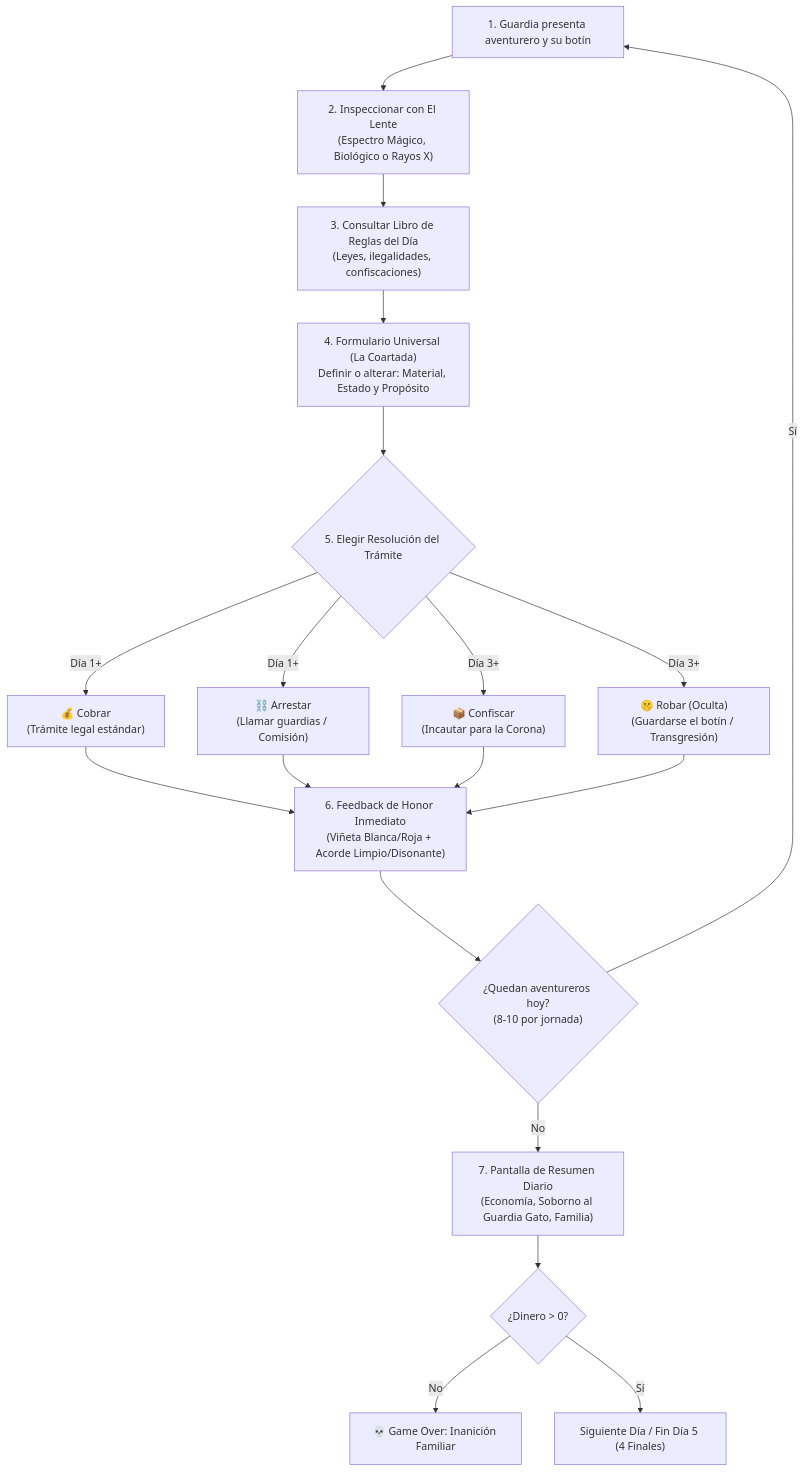
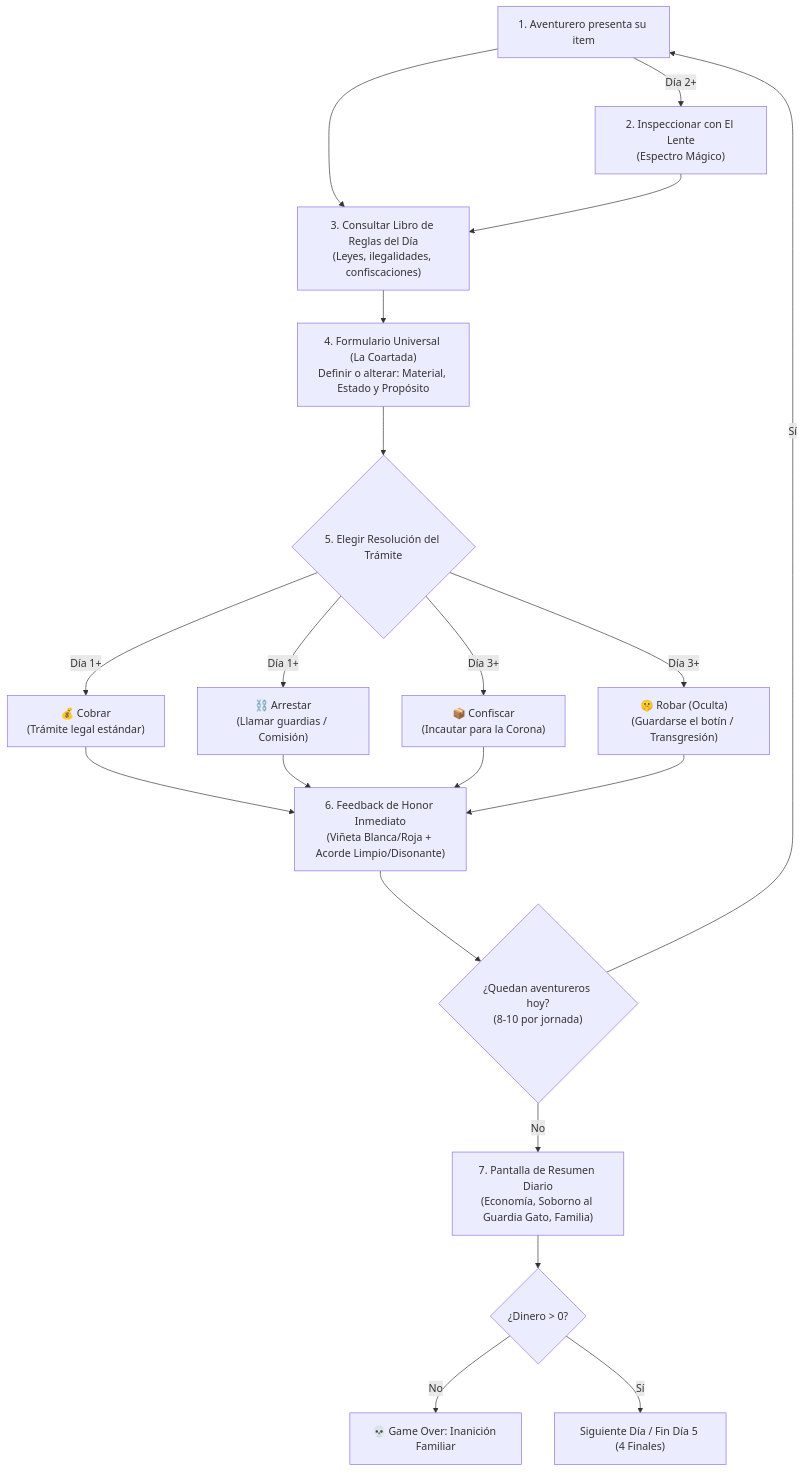
One commit to StephenQuispeLipa/game-jam-umsa-2026-marraquetastudios-obsidian changed the first of 2 diagrams in 02_Game_Design_Document_GDD/Mecánicas Core.md. Above: the diagram before and after it, drawn with Mermaid. The commit also changed other lines of this file and 8 other files, not shown here.

````diff
--- a/02_Game_Design_Document_GDD/Mecánicas Core.md
+++ b/02_Game_Design_Document_GDD/Mecánicas Core.md
@@ -21,18 +21,19 @@
 ```mermaid
 flowchart TD
-    A["1. Guardia presenta aventurero y su botín"] --> B["2. Inspeccionar con El Lente<br>(Espectro Mágico, Biológico o Rayos X)"]
+    A["1. Aventurero presenta su item"] -->|Día 2+| B["2. Inspeccionar con El Lente<br>(Espectro Mágico)"]
+    A --> C
     B --> C["3. Consultar Libro de Reglas del Día<br>(Leyes, ilegalidades, confiscaciones)"]
     C --> D["4. Formulario Universal (La Coartada)<br>Definir o alterar: Material, Estado y Propósito"]
     D --> E{"5. Elegir Resolución del Trámite"}
     E -->|Día 1+| E1["💰 Cobrar<br>(Trámite legal estándar)"]
     E -->|Día 1+| E2["⛓️ Arrestar<br>(Llamar guardias / Comisión)"]
     E -->|Día 3+| E3["📦 Confiscar<br>(Incautar para la Corona)"]
     E -->|Día 3+| E4["🤫 Robar (Oculta)<br>(Guardarse el botín / Transgresión)"]
     E1 & E2 & E3 & E4 --> F["6. Feedback de Honor Inmediato<br>(Viñeta Blanca/Roja + Acorde Limpio/Disonante)"]
     F --> G{"¿Quedan aventureros hoy?<br>(8-10 por jornada)"}
     G -- Sí --> A
     G -- No --> H["7. Pantalla de Resumen Diario<br>(Economía, Soborno al Guardia Gato, Familia)"]
     H --> I{"¿Dinero > 0?"}
     I -- No --> J["💀 Game Over: Inanición Familiar"]
     I -- Sí --> K["Siguiente Día / Fin Día 5 (4 Finales)"]
 ```
````
